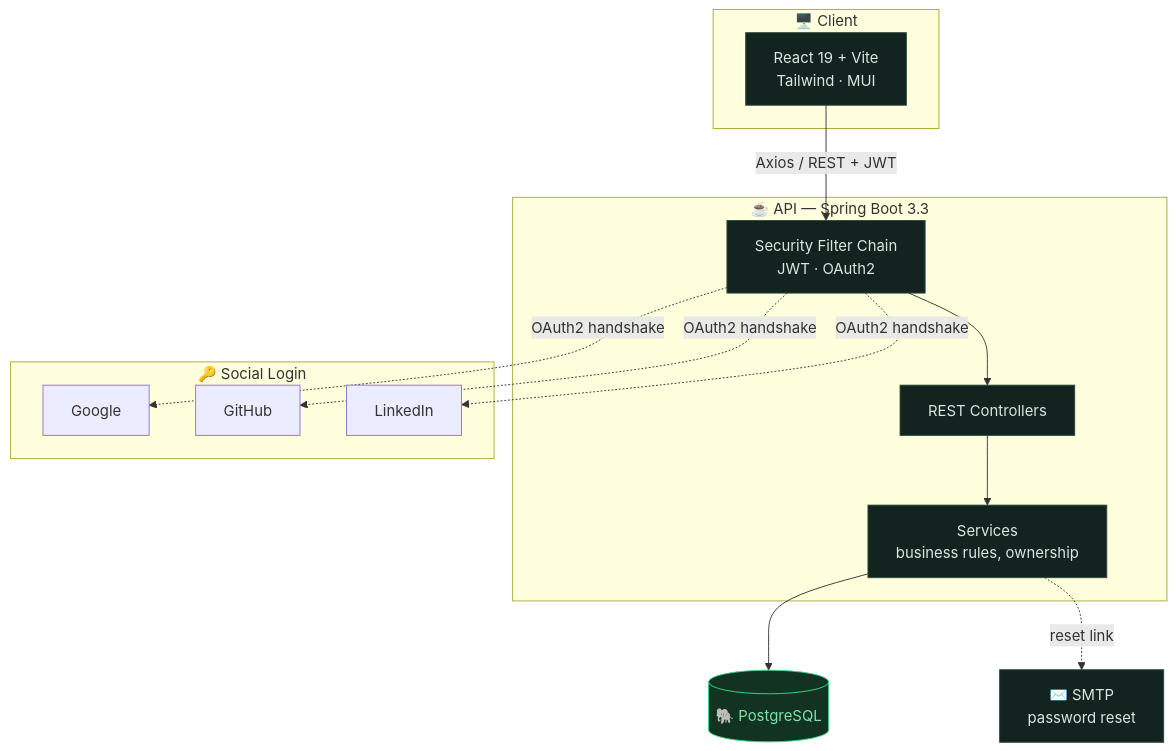
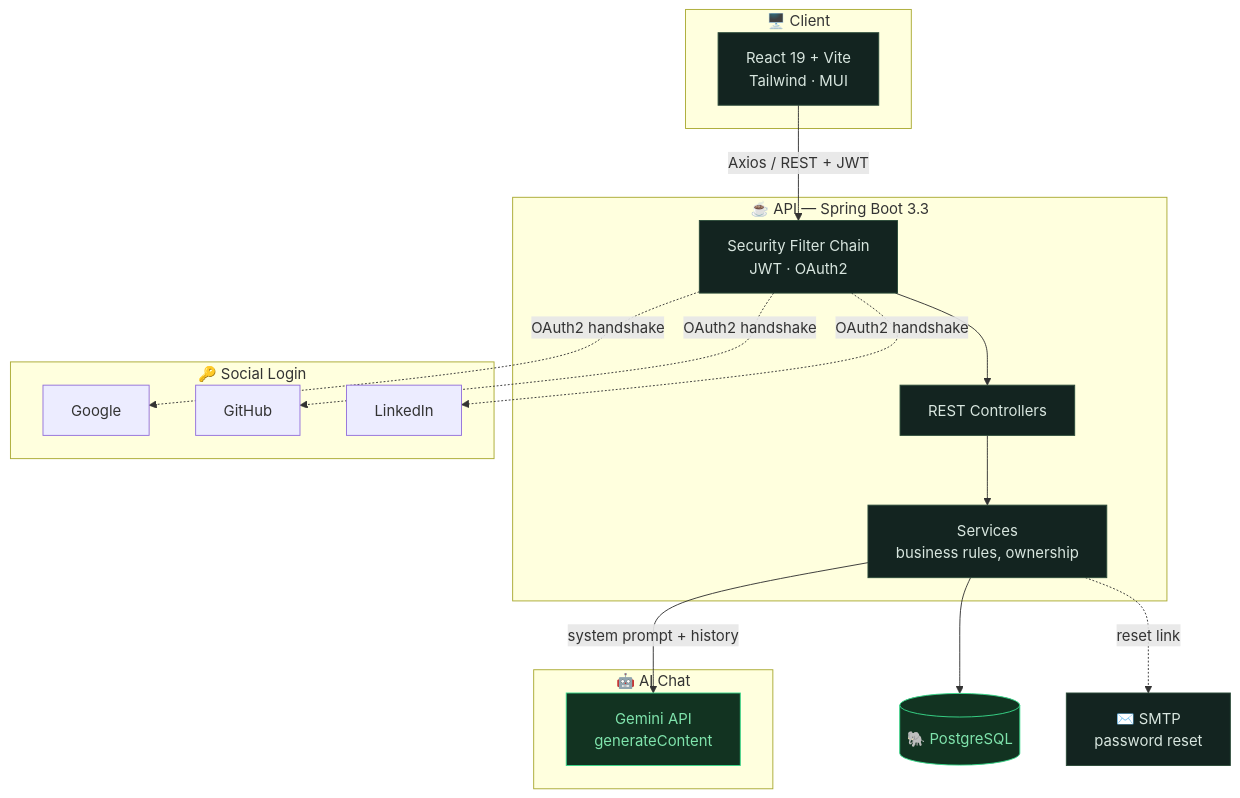
One commit to VKGarg7/CareerFlow changed the second of 2 diagrams in README.md. Above: the diagram before and after it, drawn with Mermaid. The commit also changed other lines of this file and 33 other files, not shown here.

Commit message:
feat: add AI-powered interview prep chatbot backed by Gemini API

````diff
--- a/README.md
+++ b/README.md
@@ -194,31 +216,36 @@
 ```mermaid
 flowchart TB
     subgraph client["🖥️ Client"]
         UI["React 19 + Vite\nTailwind · MUI"]
     end
 
     subgraph api["☕ API — Spring Boot 3.3"]
         SEC["Security Filter Chain\nJWT · OAuth2"]
         CTRL["REST Controllers"]
         SVC["Services\nbusiness rules, ownership"]
     end
 
     subgraph ext["🔑 Social Login"]
         GOOG["Google"]
         GH["GitHub"]
         LI["LinkedIn"]
     end
 
+    subgraph ai["🤖 AI Chat"]
+        GEMINI["Gemini API\ngenerateContent"]
+    end
+
     DB[("🐘 PostgreSQL")]
     MAIL["✉️ SMTP\npassword reset"]
 
     UI -- "Axios / REST + JWT" --> SEC
     SEC --> CTRL --> SVC --> DB
     SEC -. "OAuth2 handshake" .-> GOOG & GH & LI
     SVC -. "reset link" .-> MAIL
+    SVC -- "system prompt + history" --> GEMINI
 
     classDef box fill:#132420,stroke:#2A4A38,color:#D8E6DF
     classDef hot fill:#123321,stroke:#39D98A,color:#7FE3AC
     class UI,CTRL,SVC,SEC,MAIL box
-    class DB hot
+    class DB,GEMINI hot
 ```
````
